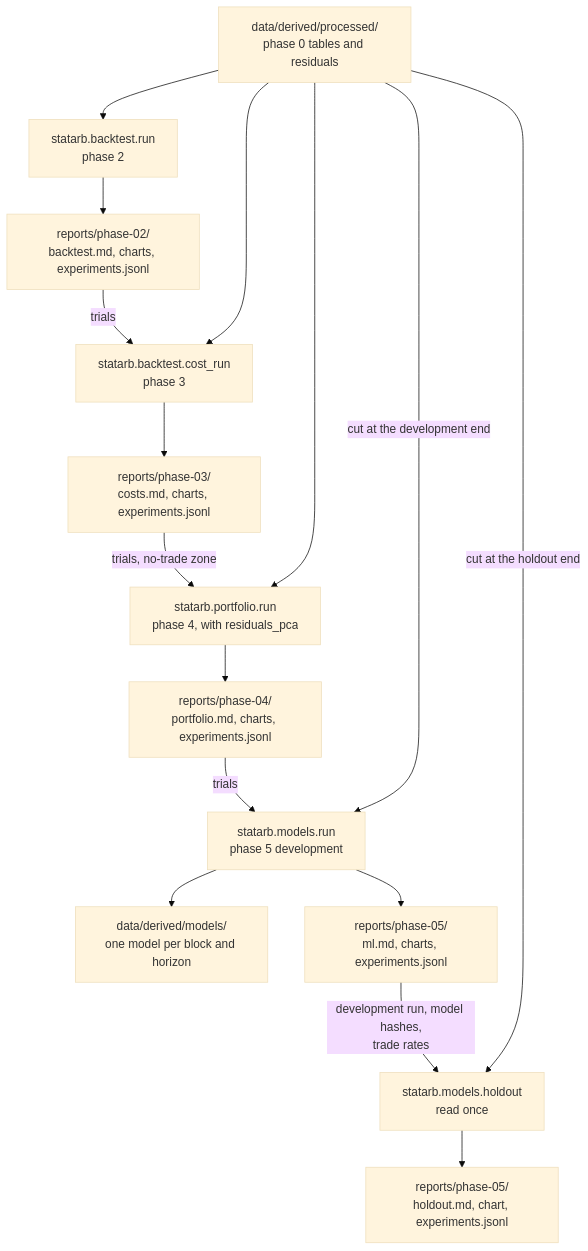
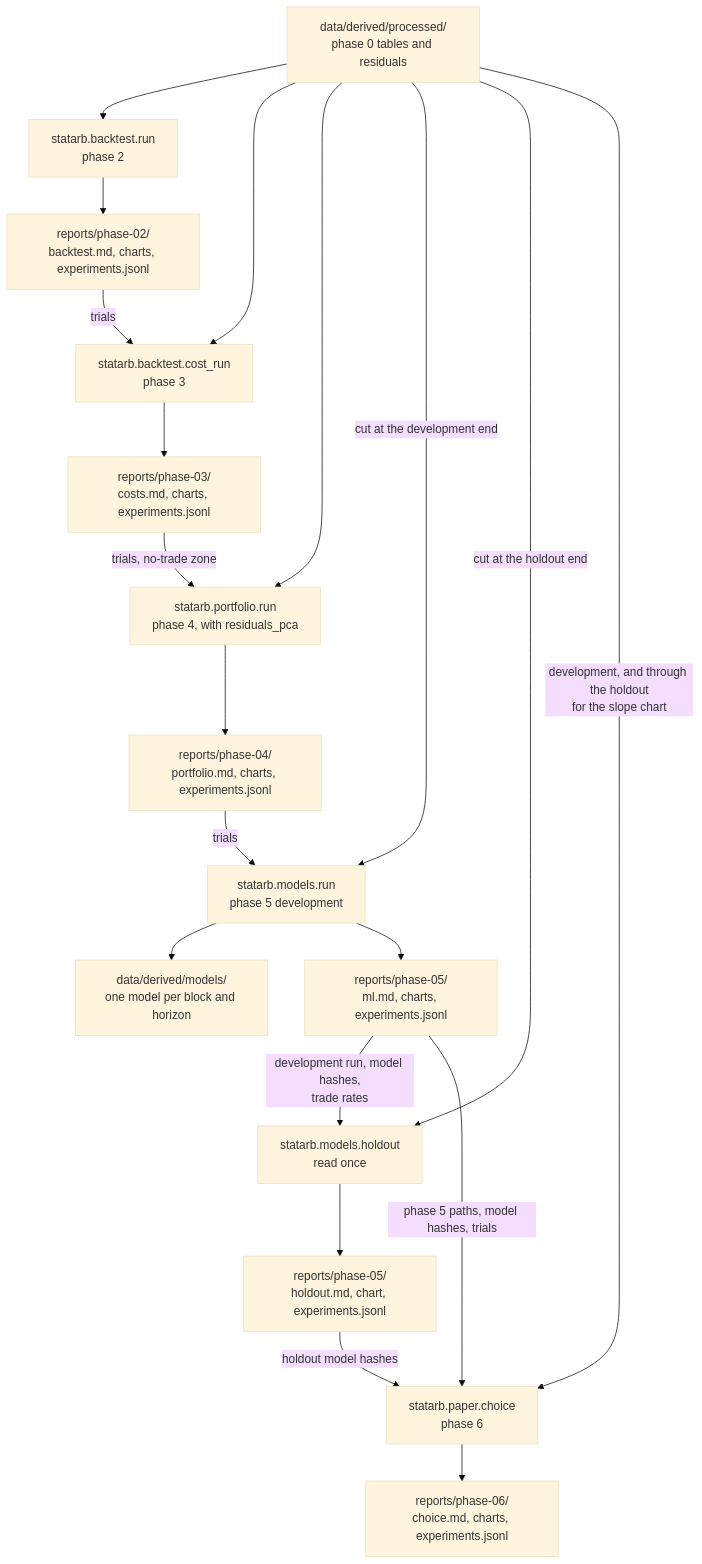
Before and after one commit to tcrossland/stat-arb-from-scratch: the second of 3 diagrams in docs/architecture.md, drawn with Mermaid (base theme). The commit also changed other lines of this file and 35 other files, not shown here.

````diff
--- a/docs/architecture.md
+++ b/docs/architecture.md
@@ -26,19 +26,23 @@
 ```mermaid
 flowchart TB
     T["data/derived/processed/<br/>phase 0 tables and residuals"]
     T --> BT["statarb.backtest.run<br/>phase 2"]
     BT --> BR["reports/phase-02/<br/>backtest.md, charts, experiments.jsonl"]
     T --> CR["statarb.backtest.cost_run<br/>phase 3"]
     BR -->|trials| CR
     CR --> CRR["reports/phase-03/<br/>costs.md, charts, experiments.jsonl"]
     T --> PR["statarb.portfolio.run<br/>phase 4, with residuals_pca"]
     CRR -->|trials, no-trade zone| PR
     PR --> PRR["reports/phase-04/<br/>portfolio.md, charts, experiments.jsonl"]
     T -->|cut at the development end| MR["statarb.models.run<br/>phase 5 development"]
     PRR -->|trials| MR
     MR --> MM["data/derived/models/<br/>one model per block and horizon"]
     MR --> MRR["reports/phase-05/<br/>ml.md, charts, experiments.jsonl"]
     T -->|cut at the holdout end| MH["statarb.models.holdout<br/>read once"]
     MRR -->|development run, model hashes,<br/>trade rates| MH
     MH --> MHR["reports/phase-05/<br/>holdout.md, chart, experiments.jsonl"]
+    T -->|development, and through the holdout<br/>for the slope chart| CH["statarb.paper.choice<br/>phase 6"]
+    MRR -->|phase 5 paths, model hashes, trials| CH
+    MHR -->|holdout model hashes| CH
+    CH --> CHR["reports/phase-06/<br/>choice.md, charts, experiments.jsonl"]
 ```
````
